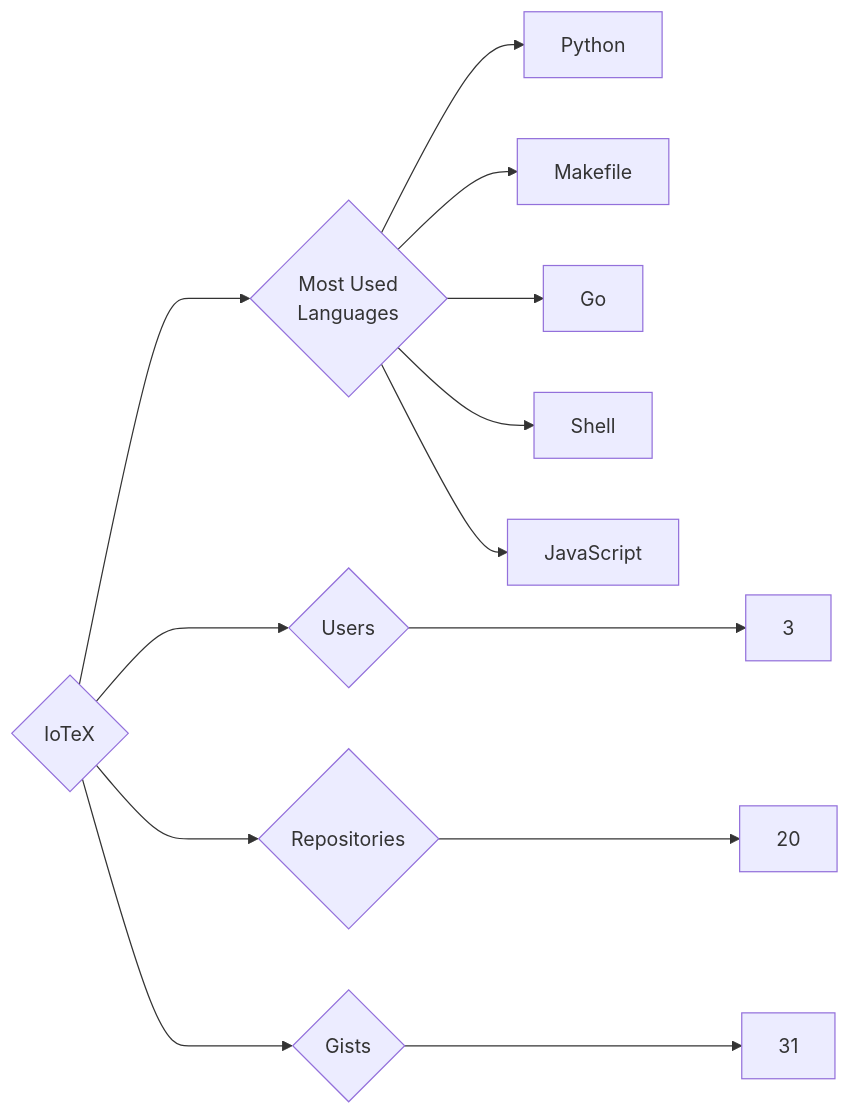
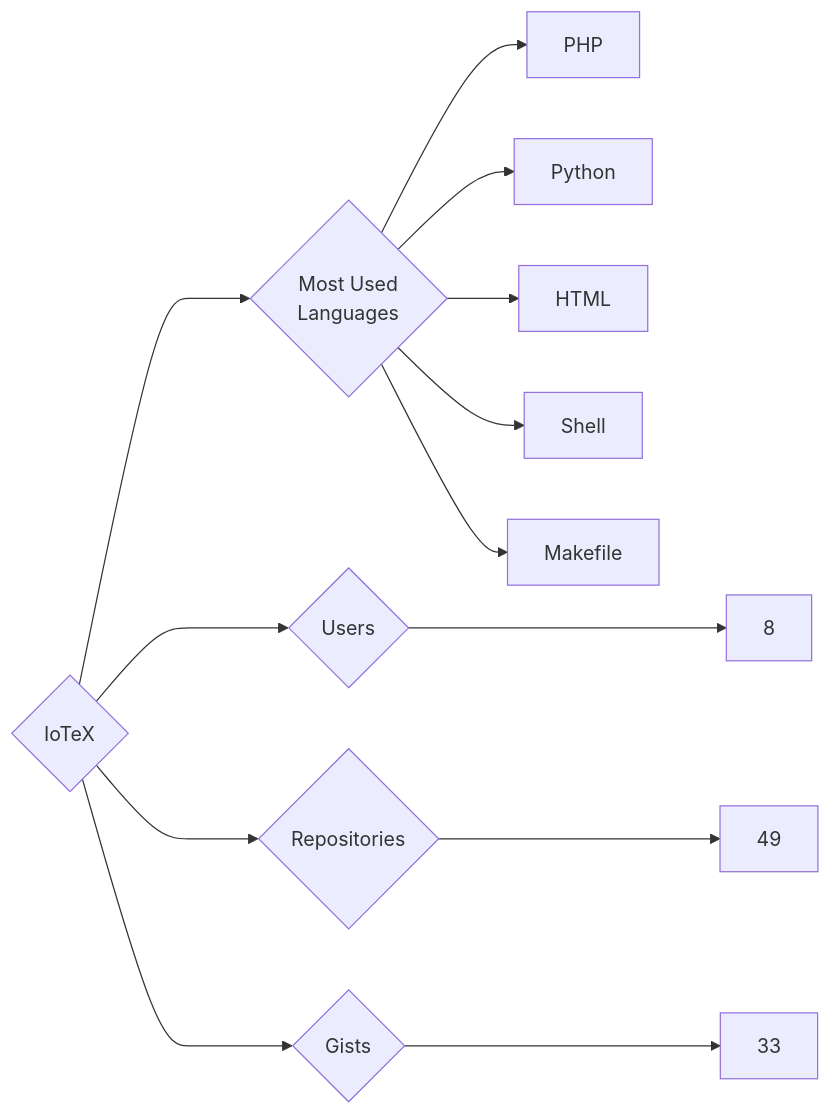
The diagram in targets/IoTeX/README.md (trickest/insiders), drawn with Mermaid before and after one commit. The commit also changed 1166 other files, not shown here.

````diff
--- a/targets/IoTeX/README.md
+++ b/targets/IoTeX/README.md
@@ -3,13 +3,13 @@
 ```mermaid
 graph LR
 COMPANY_NAME{IoTeX}
-COMPANY_NAME ---> U{Users} ---> UN[3]
-COMPANY_NAME ---> R{Repositories} ---> RN[20]
-COMPANY_NAME ---> G{Gists} ---> GN[31]
+COMPANY_NAME ---> U{Users} ---> UN[8]
+COMPANY_NAME ---> R{Repositories} ---> RN[49]
+COMPANY_NAME ---> G{Gists} ---> GN[33]
 COMPANY_NAME ---> ML{Most Used<br>Languages}
+ML --> PHP[PHP]
 ML --> Python[Python]
+ML --> HTML[HTML]
+ML --> Shell[Shell]
 ML --> Makefile[Makefile]
-ML --> Go[Go]
-ML --> Shell[Shell]
-ML --> JavaScript[JavaScript]
 ```
````
